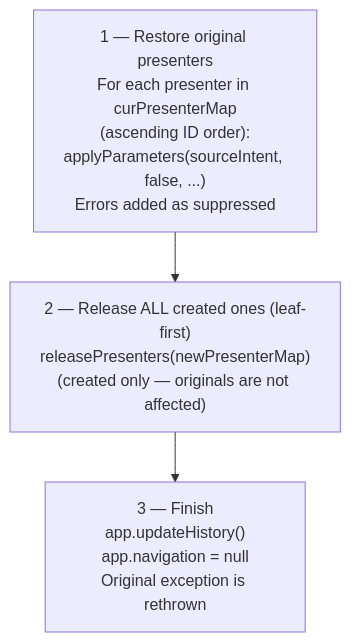
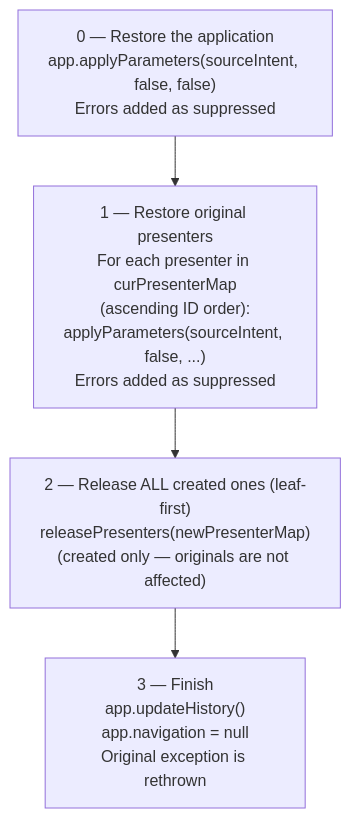
One commit to mrcdom/wdc-cube-kotlin changed the fourth of 19 diagrams in docs/architecture-cube.md. Above: the diagram before and after it, drawn with Mermaid. The commit also changed other lines of this file and 22 other files, not shown here.

````diff
--- a/docs/architecture-cube.md
+++ b/docs/architecture-cube.md
@@ -305,5 +309,6 @@
 ```mermaid
 flowchart TD
+    R0["0 — Restore the application\napp.applyParameters(sourceIntent, false, false)\nErrors added as suppressed"] --> R1
     R1["1 — Restore original presenters\nFor each presenter in curPresenterMap\n(ascending ID order):\napplyParameters(sourceIntent, false, ...)\nErrors added as suppressed"] --> R2["2 — Release ALL created ones (leaf-first)\nreleasePresenters(newPresenterMap)\n(created only — originals are not affected)"]
     R2 --> R3["3 — Finish\napp.updateHistory()\napp.navigation = null\nOriginal exception is rethrown"]
 ```
````
